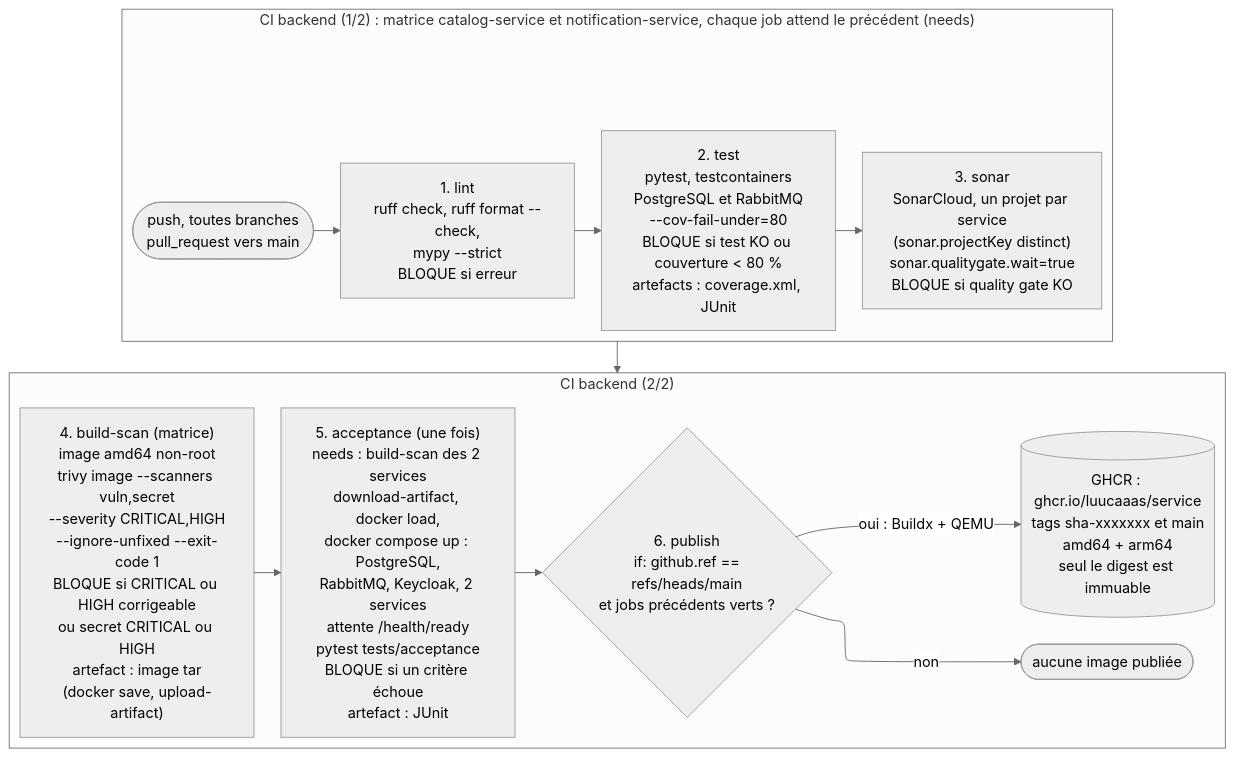
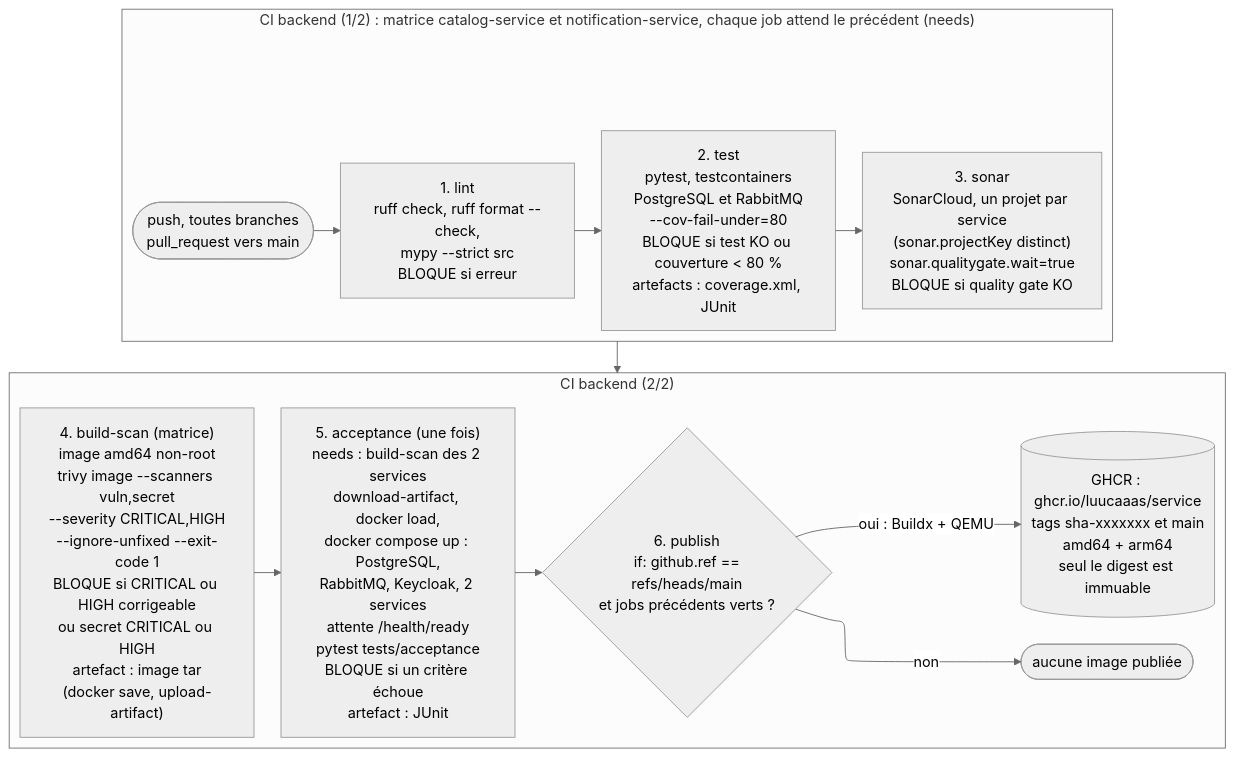
The second of 2 diagrams in docs/01-qualite/cicd.md (Luucaaas/collector-poc), drawn with Mermaid (neutral theme) before and after one commit. The commit also changed other lines of this file and 34 other files, not shown here.

````diff
--- a/docs/01-qualite/cicd.md
+++ b/docs/01-qualite/cicd.md
@@ -60,16 +60,16 @@
 ```mermaid
 %%{init: {"flowchart": {"defaultRenderer": "elk"}}}%%
 flowchart TB
     %% id: pipeline-backend
     subgraph R1["CI backend (1/2) : matrice catalog-service et notification-service, chaque job attend le précédent (needs)"]
         direction LR
-        TRIG(["push, toutes branches<br/>pull_request vers main"]) --> LINT["1. lint<br/>ruff check, ruff format --check,<br/>mypy --strict<br/>BLOQUE si erreur"] --> TEST["2. test<br/>pytest, testcontainers<br/>PostgreSQL et RabbitMQ<br/>--cov-fail-under=80<br/>BLOQUE si test KO ou couverture &lt; 80 %<br/>artefacts : coverage.xml, JUnit"] --> SONAR["3. sonar<br/>SonarCloud, un projet par service<br/>(sonar.projectKey distinct)<br/>sonar.qualitygate.wait=true<br/>BLOQUE si quality gate KO"]
+        TRIG(["push, toutes branches<br/>pull_request vers main"]) --> LINT["1. lint<br/>ruff check, ruff format --check,<br/>mypy --strict src<br/>BLOQUE si erreur"] --> TEST["2. test<br/>pytest, testcontainers<br/>PostgreSQL et RabbitMQ<br/>--cov-fail-under=80<br/>BLOQUE si test KO ou couverture &lt; 80 %<br/>artefacts : coverage.xml, JUnit"] --> SONAR["3. sonar<br/>SonarCloud, un projet par service<br/>(sonar.projectKey distinct)<br/>sonar.qualitygate.wait=true<br/>BLOQUE si quality gate KO"]
     end
     subgraph R2["CI backend (2/2)"]
         direction LR
         BS["4. build-scan (matrice)<br/>image amd64 non-root<br/>trivy image --scanners vuln,secret<br/>--severity CRITICAL,HIGH<br/>--ignore-unfixed --exit-code 1<br/>BLOQUE si CRITICAL ou HIGH corrigeable<br/>ou secret CRITICAL ou HIGH<br/>artefact : image tar<br/>(docker save, upload-artifact)"] --> ACC["5. acceptance (une fois)<br/>needs : build-scan des 2 services<br/>download-artifact, docker load,<br/>docker compose up : PostgreSQL,<br/>RabbitMQ, Keycloak, 2 services<br/>attente /health/ready<br/>pytest tests/acceptance<br/>BLOQUE si un critère échoue<br/>artefact : JUnit"] --> PUB{"6. publish<br/>if: github.ref ==<br/>refs/heads/main<br/>et jobs précédents verts ?"}
         PUB -->|"oui : Buildx + QEMU"| GHCR[("GHCR : ghcr.io/luucaaas/service<br/>tags sha-xxxxxxx et main<br/>amd64 + arm64<br/>seul le digest est immuable")]
         PUB -->|"non"| FIN(["aucune image publiée"])
     end
     R1 --> R2
 ```
````
